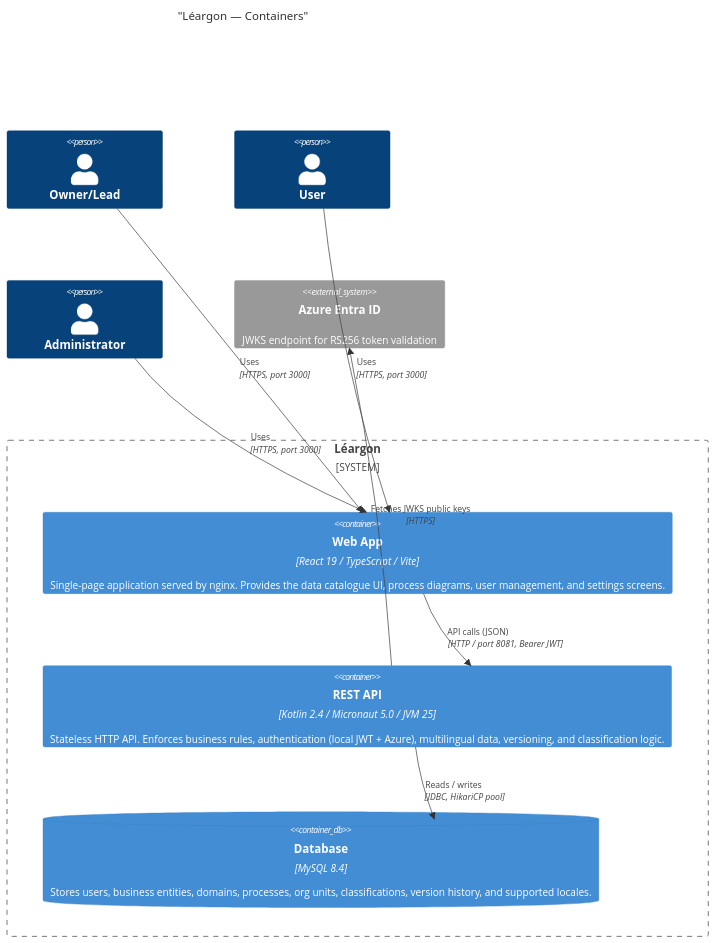
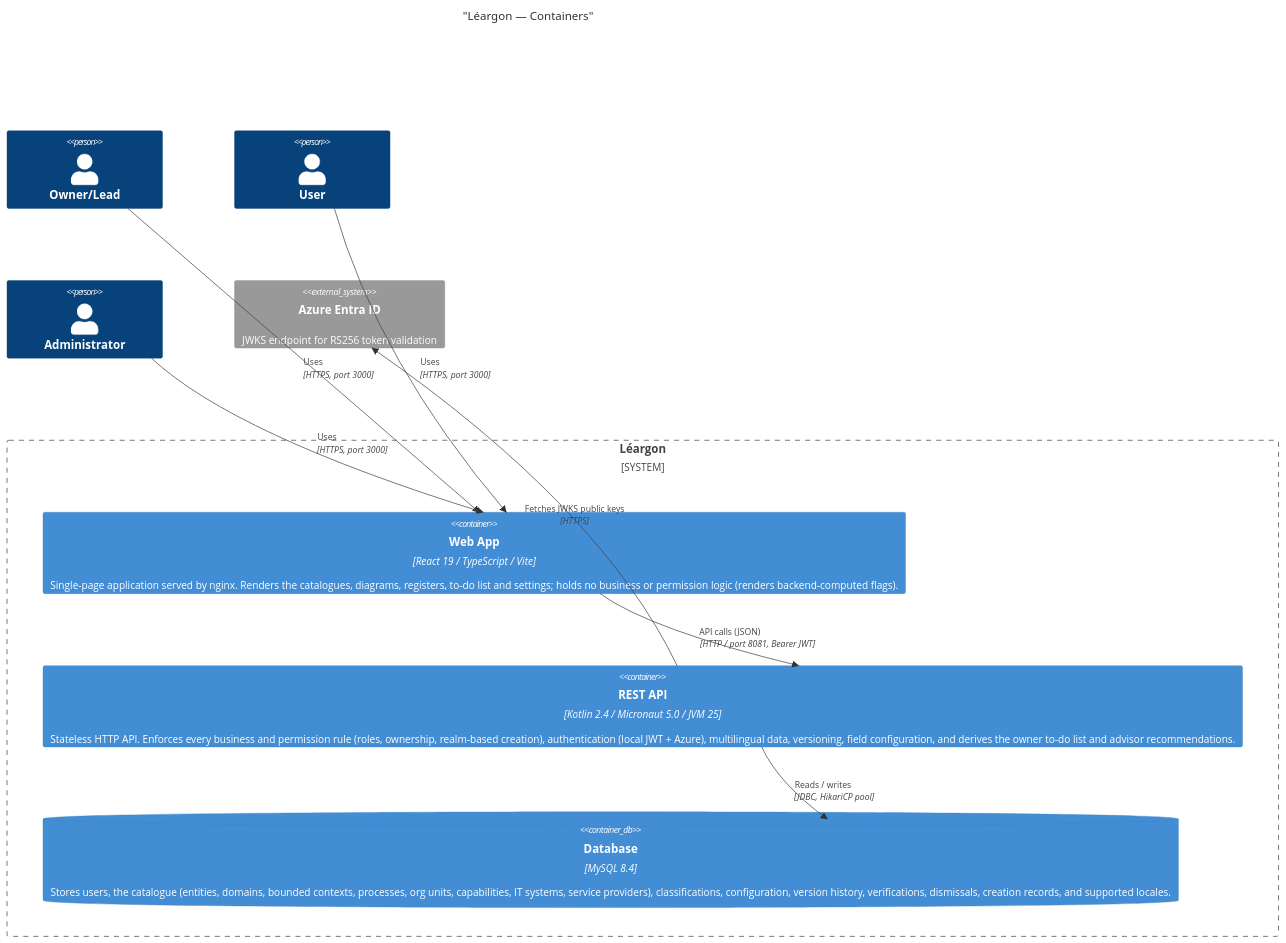
The second of 7 diagrams in ARCHITECTURE.md (Leargon/Leargon), drawn with Mermaid before and after one commit. The commit also changed other lines of this file and 7 other files, not shown here.

````diff
--- a/ARCHITECTURE.md
+++ b/ARCHITECTURE.md
@@ -37,23 +37,23 @@
 ```mermaid
 C4Container
   title "Léargon — Containers"
 
   Person(owner, "Owner/Lead")
   Person(user, "User")
   Person(admin, "Administrator")
 
   System_Boundary(leargon, "Léargon") {
-    Container(frontend, "Web App", "React 19 / TypeScript / Vite", "Single-page application served by nginx. Provides the data catalogue UI, process diagrams, user management, and settings screens.")
-    Container(backend, "REST API", "Kotlin 2.4 / Micronaut 5.0 / JVM 25", "Stateless HTTP API. Enforces business rules, authentication (local JWT + Azure), multilingual data, versioning, and classification logic.")
-    ContainerDb(db, "Database", "MySQL 8.4", "Stores users, business entities, domains, processes, org units, classifications, version history, and supported locales.")
+    Container(frontend, "Web App", "React 19 / TypeScript / Vite", "Single-page application served by nginx. Renders the catalogues, diagrams, registers, to-do list and settings; holds no business or permission logic (renders backend-computed flags).")
+    Container(backend, "REST API", "Kotlin 2.4 / Micronaut 5.0 / JVM 25", "Stateless HTTP API. Enforces every business and permission rule (roles, ownership, realm-based creation), authentication (local JWT + Azure), multilingual data, versioning, field configuration, and derives the owner to-do list and advisor recommendations.")
+    ContainerDb(db, "Database", "MySQL 8.4", "Stores users, the catalogue (entities, domains, bounded contexts, processes, org units, capabilities, IT systems, service providers), classifications, configuration, version history, verifications, dismissals, creation records, and supported locales.")
   }
 
   System_Ext(azure, "Azure Entra ID", "JWKS endpoint for RS256 token validation")
 
   Rel(owner, frontend, "Uses", "HTTPS, port 3000")
   Rel(user, frontend, "Uses", "HTTPS, port 3000")
   Rel(admin, frontend, "Uses", "HTTPS, port 3000")
   Rel(frontend, backend, "API calls (JSON)", "HTTP / port 8081, Bearer JWT")
   Rel(backend, db, "Reads / writes", "JDBC, HikariCP pool")
   Rel(backend, azure, "Fetches JWKS public keys", "HTTPS")
 ```
````
